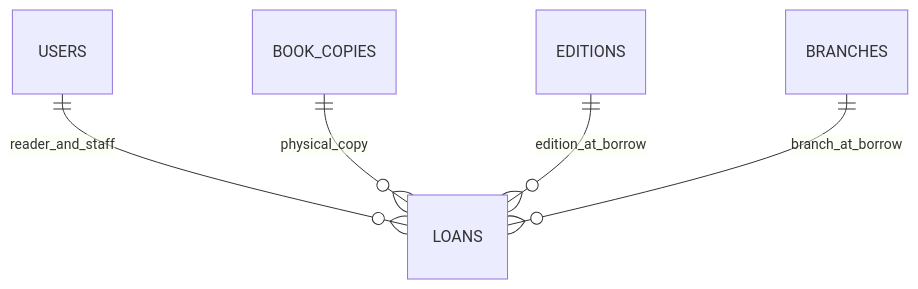
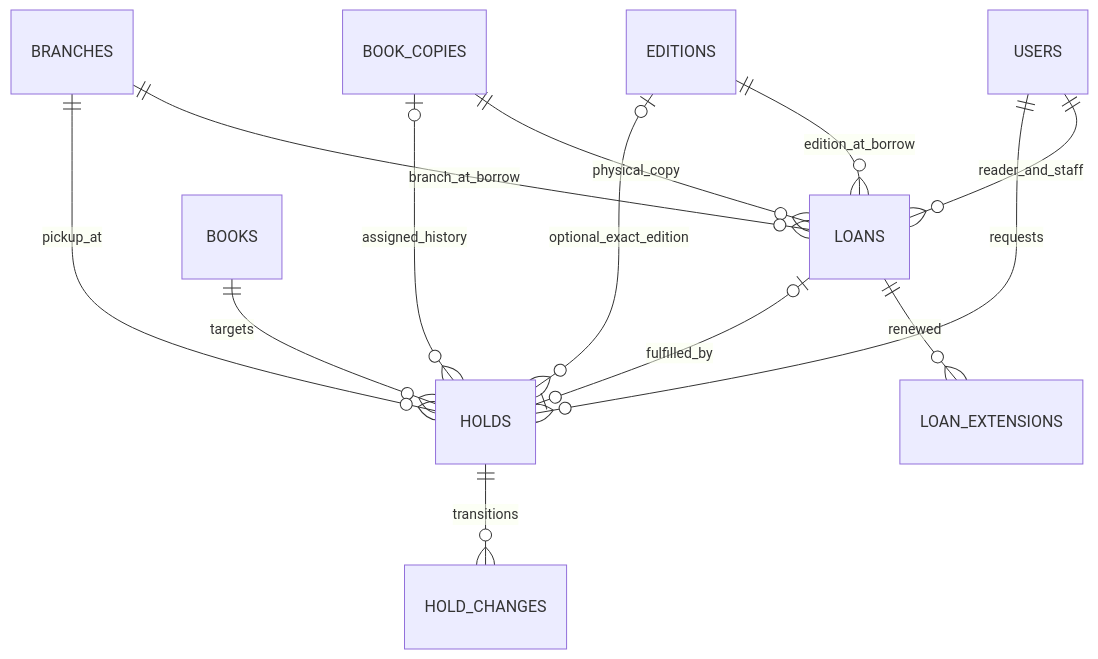
One commit to Shuuma4869/He-thong-quan-ly-va-khai-thac-thu-vien changed the fifth of 6 diagrams in tai-lieu/03-du-lieu/erd.md. Above: the diagram before and after it, drawn with Mermaid. The commit also changed other lines of this file and 37 other files, not shown here.

````diff
--- a/tai-lieu/03-du-lieu/erd.md
+++ b/tai-lieu/03-du-lieu/erd.md
@@ -60,7 +60,15 @@
 ```mermaid
 erDiagram
   USERS ||--o{ LOANS : reader_and_staff
   BOOK_COPIES ||--o{ LOANS : physical_copy
   EDITIONS ||--o{ LOANS : edition_at_borrow
   BRANCHES ||--o{ LOANS : branch_at_borrow
+  LOANS ||--o{ LOAN_EXTENSIONS : renewed
+  USERS ||--o{ HOLDS : requests
+  BOOKS ||--o{ HOLDS : targets
+  EDITIONS |o--o{ HOLDS : optional_exact_edition
+  BRANCHES ||--o{ HOLDS : pickup_at
+  BOOK_COPIES |o--o{ HOLDS : assigned_history
+  LOANS |o--o| HOLDS : fulfilled_by
+  HOLDS ||--o{ HOLD_CHANGES : transitions
 ```
````
